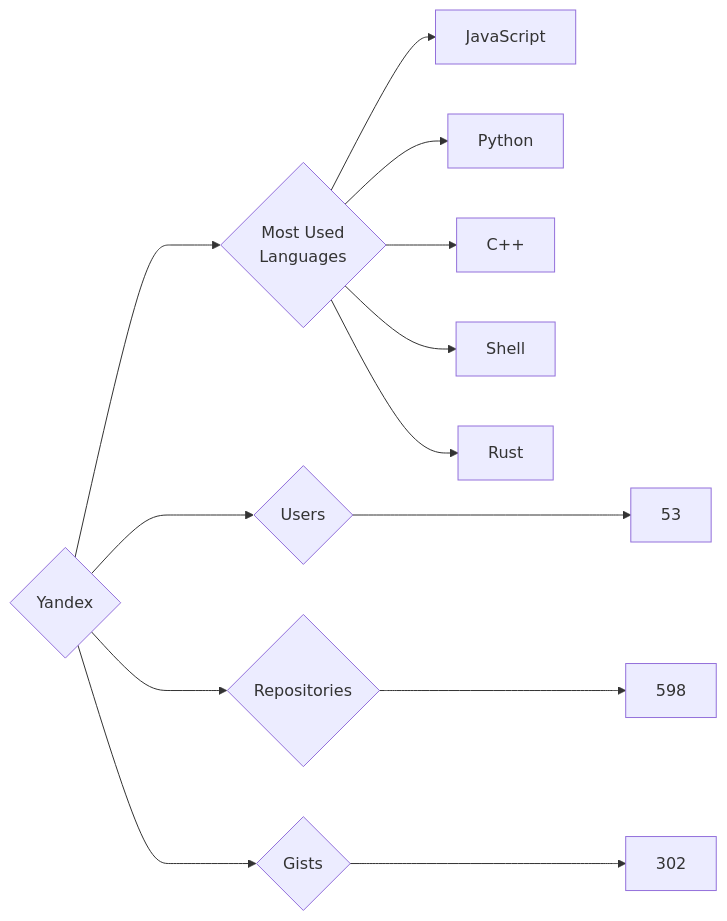
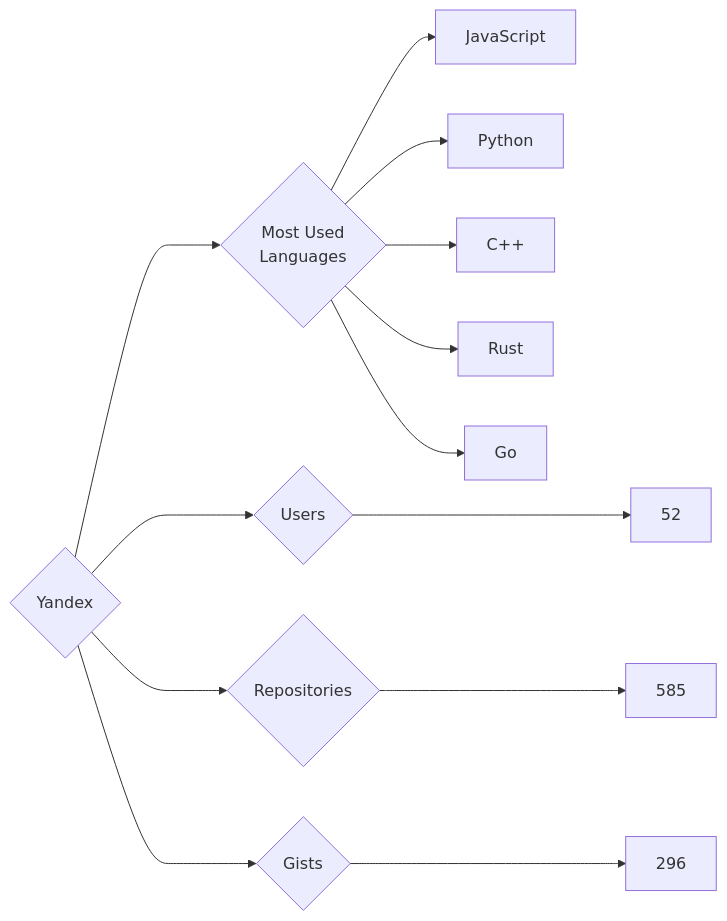
The diagram in targets/Yandex/README.md (trickest/insiders), drawn with Mermaid before and after one commit. The commit also changed 1508 other files, not shown here.

````diff
--- a/targets/Yandex/README.md
+++ b/targets/Yandex/README.md
@@ -3,13 +3,13 @@
 ```mermaid
 graph LR
 COMPANY_NAME{Yandex}
-COMPANY_NAME ---> U{Users} ---> UN[53]
-COMPANY_NAME ---> R{Repositories} ---> RN[598]
-COMPANY_NAME ---> G{Gists} ---> GN[302]
+COMPANY_NAME ---> U{Users} ---> UN[52]
+COMPANY_NAME ---> R{Repositories} ---> RN[585]
+COMPANY_NAME ---> G{Gists} ---> GN[296]
 COMPANY_NAME ---> ML{Most Used<br>Languages}
 ML --> JavaScript[JavaScript]
 ML --> Python[Python]
 ML --> C++[C++]
-ML --> Shell[Shell]
 ML --> Rust[Rust]
+ML --> Go[Go]
 ```
````
